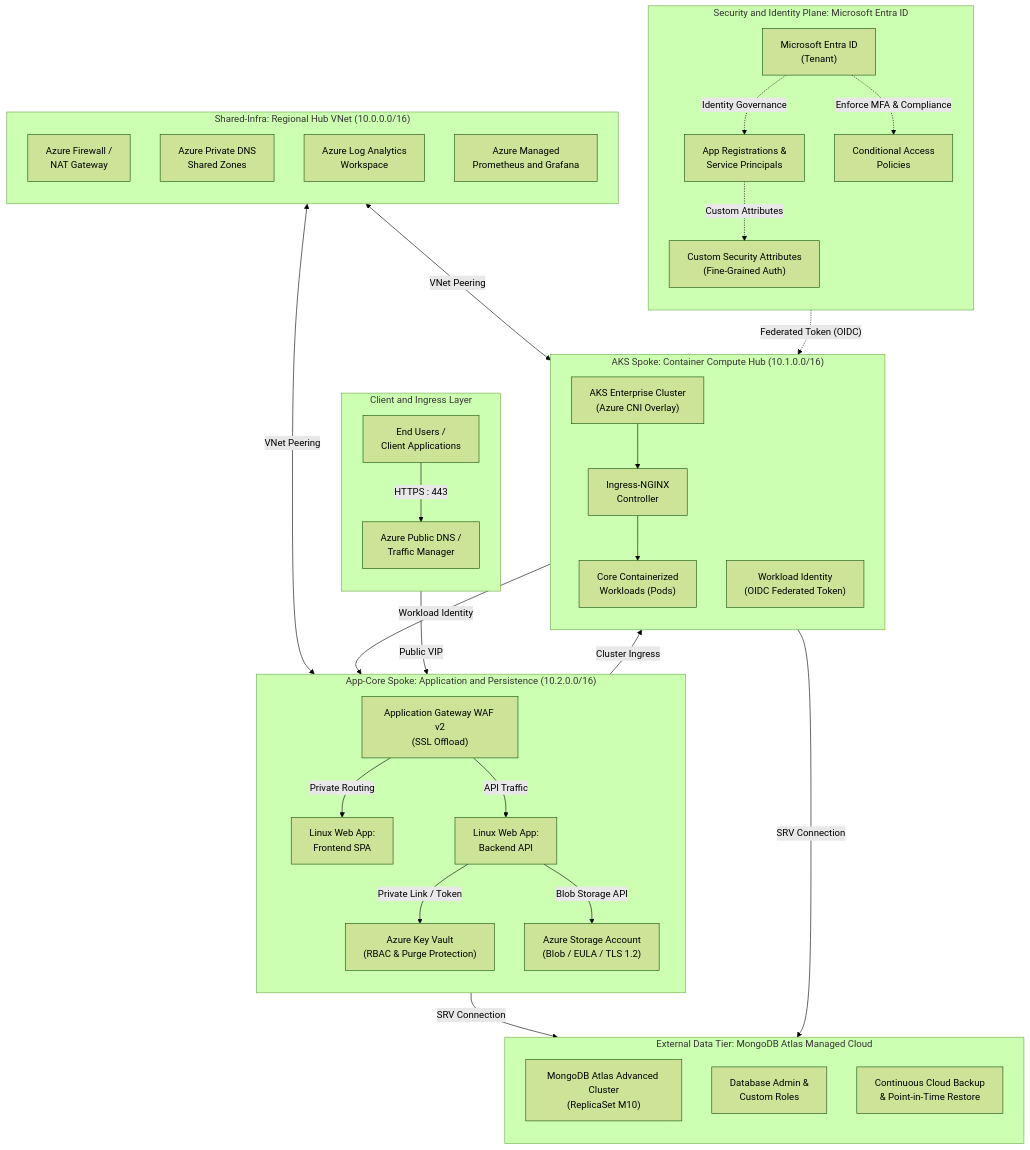
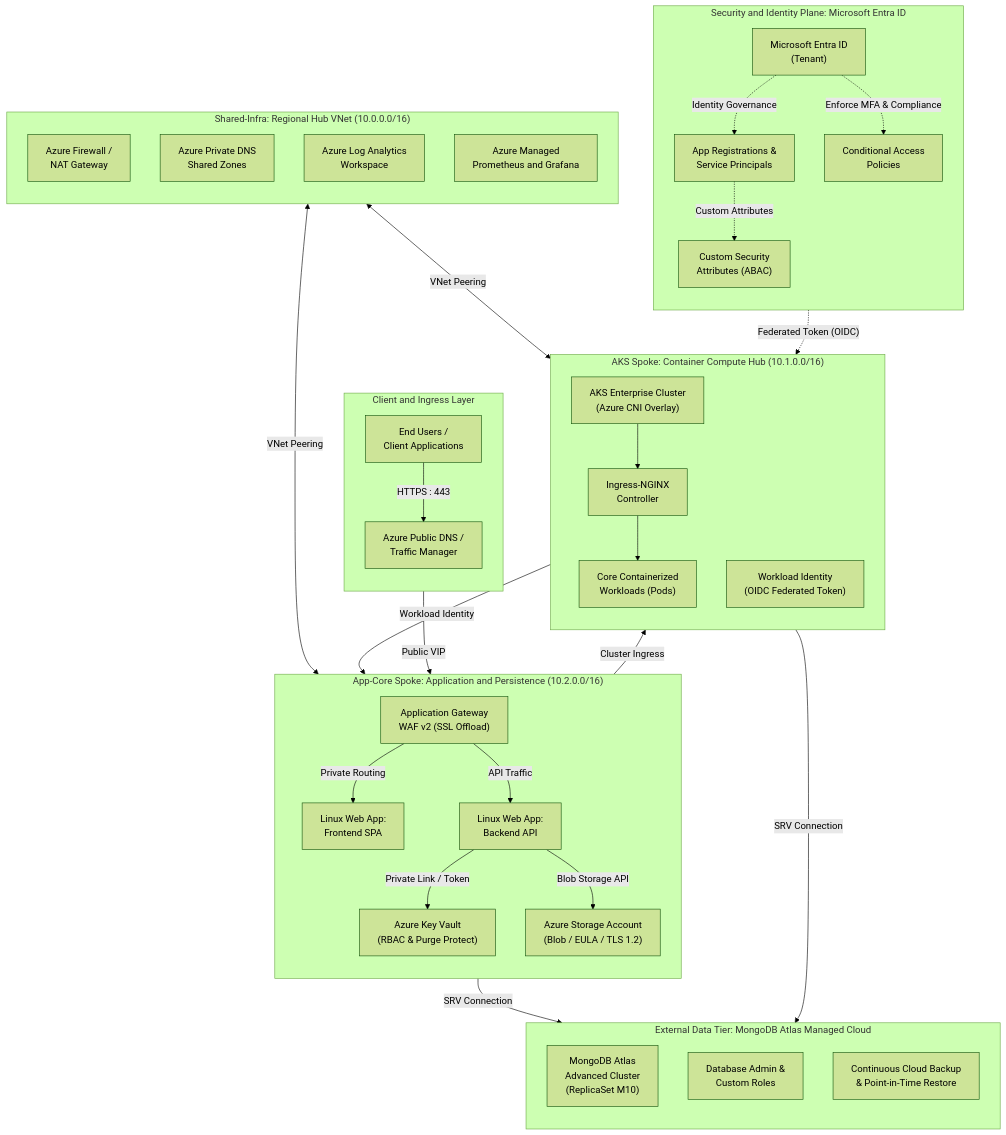
Before and after one commit to nubenetes/terraform-azure-devops-agentic: the second of 6 diagrams in README.md, drawn with Mermaid (forest theme). The commit also changed other lines of this file and 23 other files, not shown here.

Commit message:
docs: establish automated Mermaid validator and eliminate text clipping repo-wide

````diff
--- a/README.md
+++ b/README.md
@@ -254,61 +254,61 @@
 ```mermaid
 flowchart TB
     subgraph Users ["Client and Ingress Layer"]
         direction TB
         User["End Users /<br/>Client Applications"]
         DNS["Azure Public DNS /<br/>Traffic Manager"]
         User -->|HTTPS : 443| DNS
     end
     subgraph Hub_VNet ["Shared-Infra: Regional Hub VNet (10.0.0.0/16)"]
         direction TB
         FW["Azure Firewall /<br/>NAT Gateway"]
         PrivDNS["Azure Private DNS<br/>Shared Zones"]
         LogAnalytics["Azure Log Analytics<br/>Workspace"]
         Prometheus["Azure Managed<br/>Prometheus and Grafana"]
     end
     subgraph Spoke_AKS ["AKS Spoke: Container Compute Hub (10.1.0.0/16)"]
         direction TB
         AKS_Cluster["AKS Enterprise Cluster<br/>(Azure CNI Overlay)"]
         Ingress_Nginx["Ingress-NGINX<br/>Controller"]
         Microservices["Core Containerized<br/>Workloads (Pods)"]
         AKS_Identity["Workload Identity<br/>(OIDC Federated Token)"]
         AKS_Cluster --> Ingress_Nginx
         Ingress_Nginx --> Microservices
     end
     subgraph Spoke_AppCore ["App-Core Spoke: Application and Persistence (10.2.0.0/16)"]
         direction TB
-        AppGW["Application Gateway WAF v2<br/>(SSL Offload)"]
+        AppGW["Application Gateway<br/>WAF v2 (SSL Offload)"]
         Front_SPA["Linux Web App:<br/>Frontend SPA"]
         Back_API["Linux Web App:<br/>Backend API"]
         Blob_Storage["Azure Storage Account<br/>(Blob / EULA / TLS 1.2)"]
-        KeyVault["Azure Key Vault<br/>(RBAC & Purge Protection)"]
+        KeyVault["Azure Key Vault<br/>(RBAC & Purge Protect)"]
         AppGW -->|Private Routing| Front_SPA
         AppGW -->|API Traffic| Back_API
         Back_API -->|Private Link / Token| KeyVault
         Back_API -->|Blob Storage API| Blob_Storage
     end
     subgraph MongoDB_Cloud ["External Data Tier: MongoDB Atlas Managed Cloud"]
         direction TB
-        Atlas_Cluster["MongoDB Atlas Advanced Cluster<br/>(ReplicaSet M10)"]
+        Atlas_Cluster["MongoDB Atlas<br/>Advanced Cluster<br/>(ReplicaSet M10)"]
         Atlas_Admin["Database Admin &<br/>Custom Roles"]
         Atlas_Backup["Continuous Cloud Backup<br/>& Point-in-Time Restore"]
     end
     subgraph Identity_Tier ["Security and Identity Plane: Microsoft Entra ID"]
         direction TB
         Entra_ID["Microsoft Entra ID<br/>(Tenant)"]
         App_Registrations["App Registrations &<br/>Service Principals"]
-        Custom_Security_Attr["Custom Security Attributes<br/>(Fine-Grained Auth)"]
+        Custom_Security_Attr["Custom Security<br/>Attributes (ABAC)"]
         CAP["Conditional Access<br/>Policies"]
         Entra_ID -.->|Identity Governance| App_Registrations
         Entra_ID -.->|Enforce MFA & Compliance| CAP
         App_Registrations -.->|Custom Attributes| Custom_Security_Attr
     end
     DNS -->|Public VIP| AppGW
     AppGW -->|Cluster Ingress| Ingress_Nginx
     Hub_VNet <-->|VNet Peering| Spoke_AKS
     Hub_VNet <-->|VNet Peering| Spoke_AppCore
     Back_API -->|SRV Connection| Atlas_Cluster
     Microservices -->|Workload Identity| KeyVault
     Microservices -->|SRV Connection| Atlas_Cluster
     Entra_ID -.->|"Federated Token (OIDC)"| AKS_Identity
 ```
````
